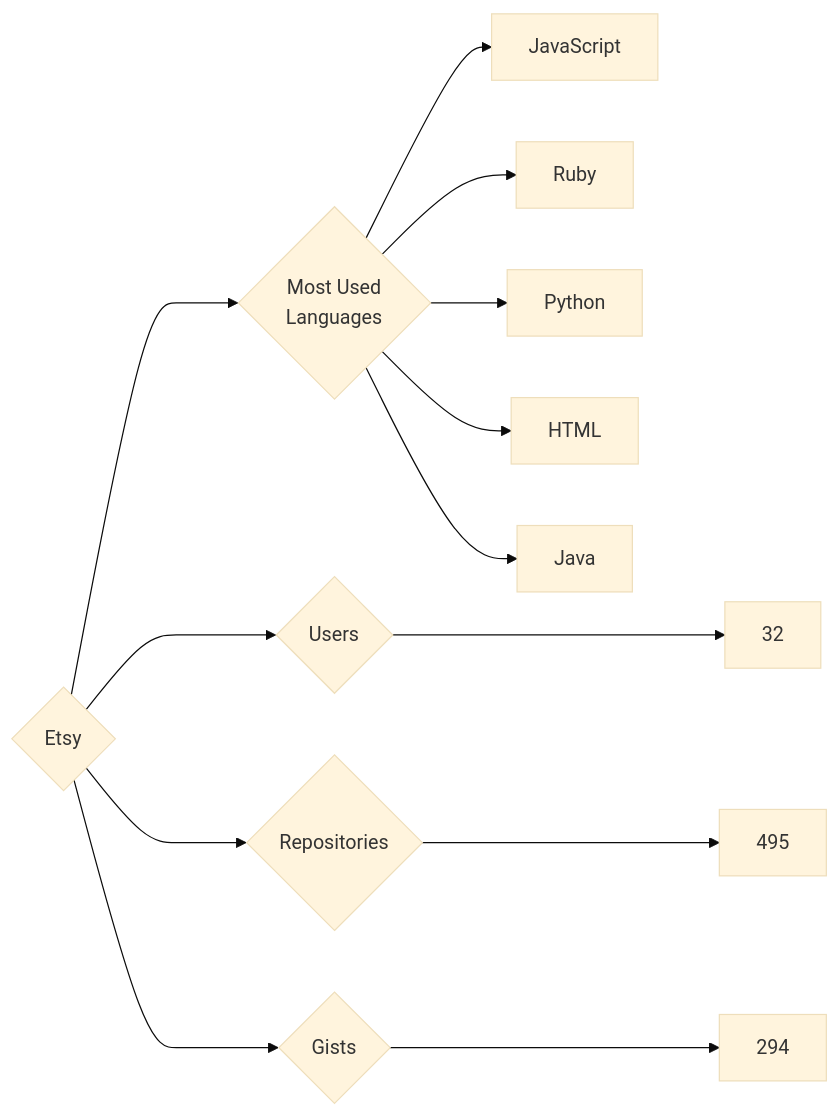
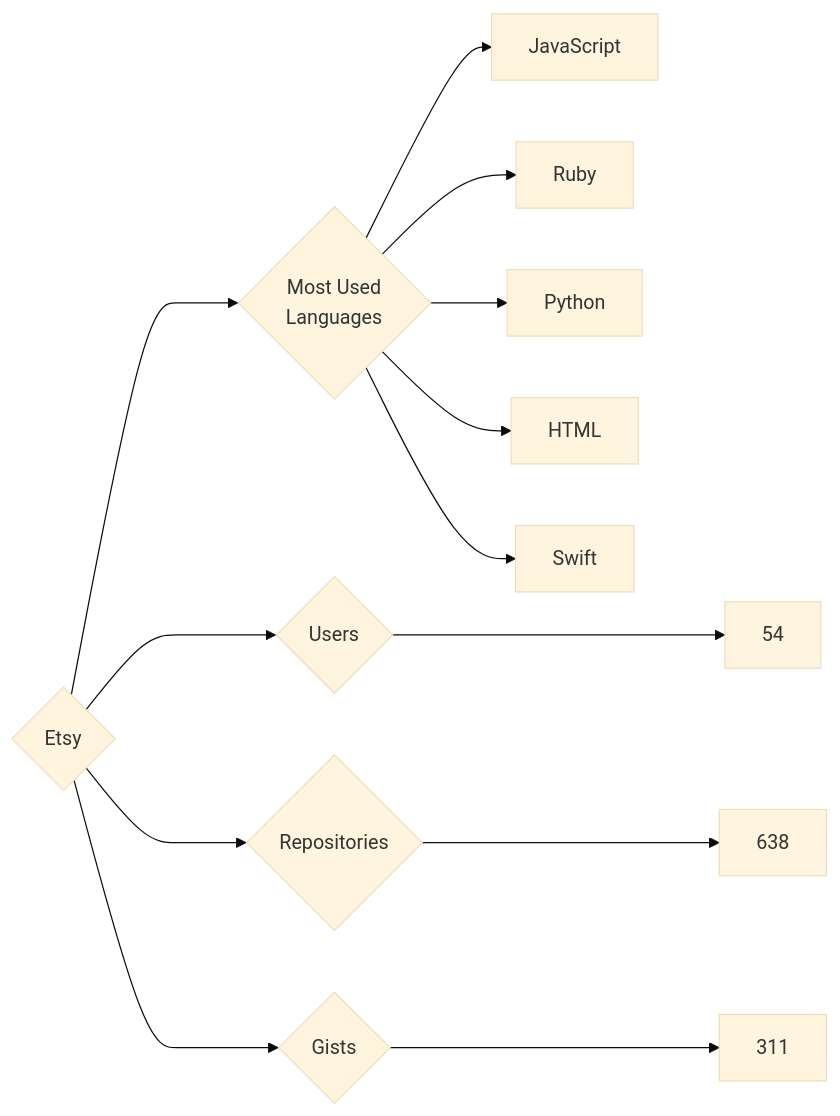
One commit to trickest/insiders changed the diagram in targets/Etsy/README.md. Above: the diagram before and after it, drawn with Mermaid (base theme). The commit also changed 752 other files, not shown here.

````diff
--- a/targets/Etsy/README.md
+++ b/targets/Etsy/README.md
@@ -3,13 +3,13 @@
 ```mermaid
 graph LR
 COMPANY_NAME{Etsy}
-COMPANY_NAME ---> U{Users} ---> UN[32]
-COMPANY_NAME ---> R{Repositories} ---> RN[495]
-COMPANY_NAME ---> G{Gists} ---> GN[294]
+COMPANY_NAME ---> U{Users} ---> UN[54]
+COMPANY_NAME ---> R{Repositories} ---> RN[638]
+COMPANY_NAME ---> G{Gists} ---> GN[311]
 COMPANY_NAME ---> ML{Most Used<br>Languages}
 ML --> JavaScript[JavaScript]
 ML --> Ruby[Ruby]
 ML --> Python[Python]
 ML --> HTML[HTML]
-ML --> Java[Java]
+ML --> Swift[Swift]
 ```
````
